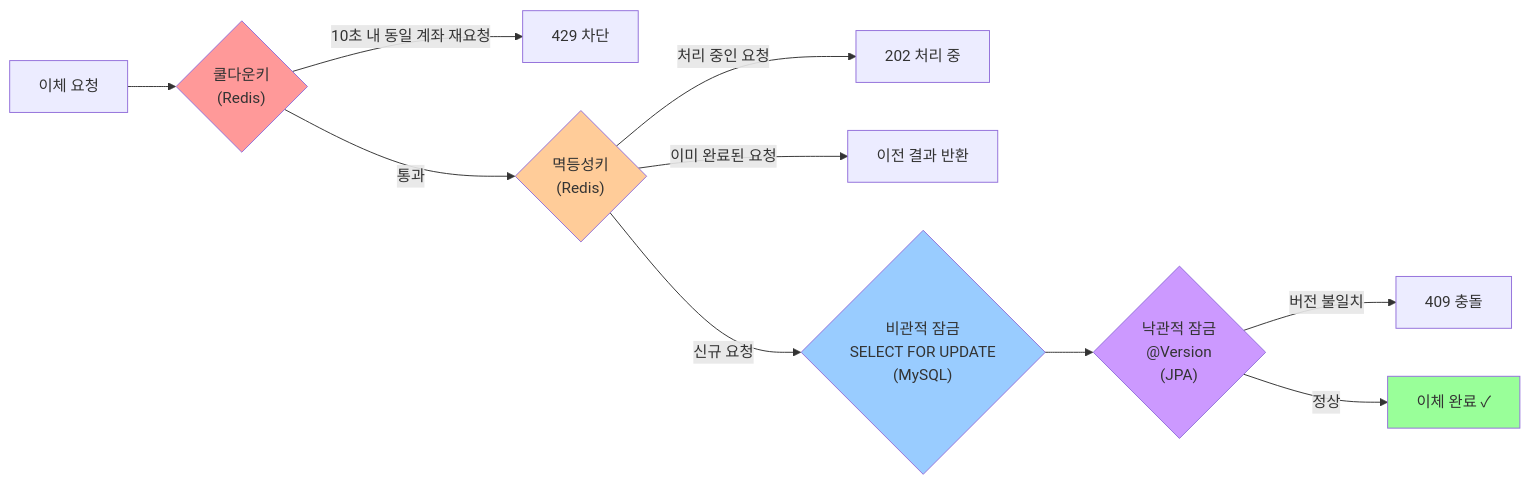
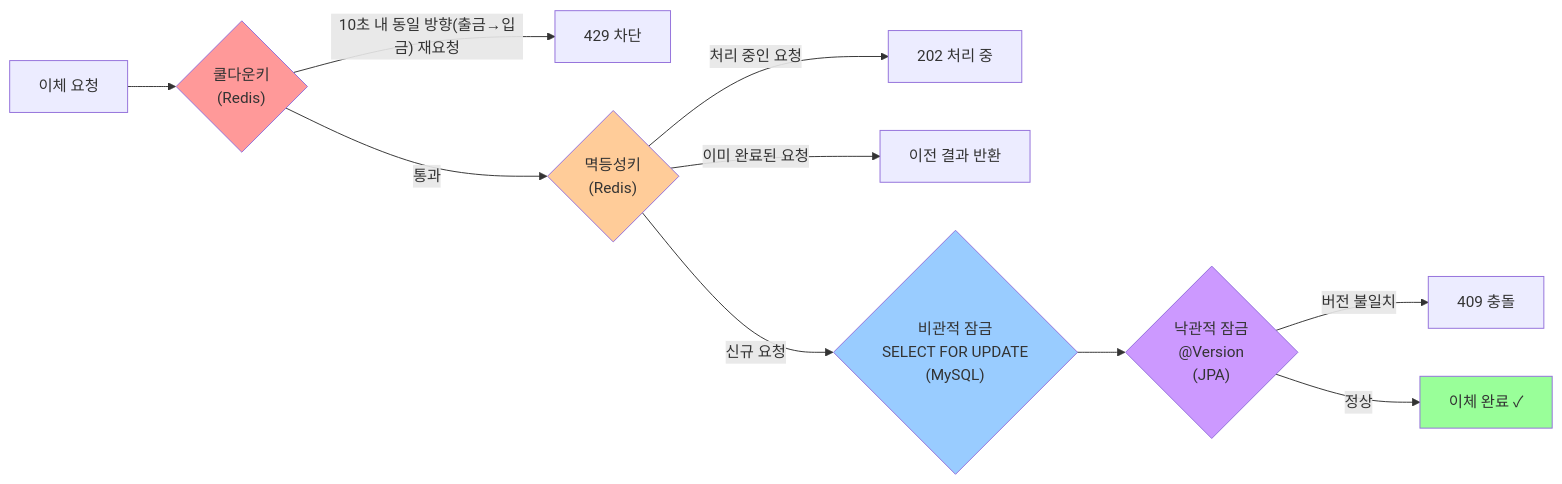
Before and after one commit to Pray-T/BankTransferSys_Backend_Restful: the third of 3 diagrams in README.md, drawn with Mermaid. The commit also changed other lines of this file, not shown here.

````diff
--- a/README.md
+++ b/README.md
@@ -108,17 +199,17 @@
 ```mermaid
 graph LR
     REQ["이체 요청"] --> CD{"쿨다운키\n(Redis)"}
-    CD -->|"10초 내 동일 계좌 재요청"| R1["429 차단"]
+    CD -->|"10초 내 동일 방향(출금→입금) 재요청"| R1["429 차단"]
     CD -->|"통과"| ID{"멱등성키\n(Redis)"}
     ID -->|"처리 중인 요청"| R2["202 처리 중"]
     ID -->|"이미 완료된 요청"| R3["이전 결과 반환"]
     ID -->|"신규 요청"| PL{"비관적 잠금\nSELECT FOR UPDATE\n(MySQL)"}
     PL --> OL{"낙관적 잠금\n@Version\n(JPA)"}
     OL -->|"버전 불일치"| R4["409 충돌"]
     OL -->|"정상"| OK["이체 완료 ✓"]
     style CD fill:#ff9999
     style ID fill:#ffcc99
     style PL fill:#99ccff
     style OL fill:#cc99ff
     style OK fill:#99ff99
 ```
````
